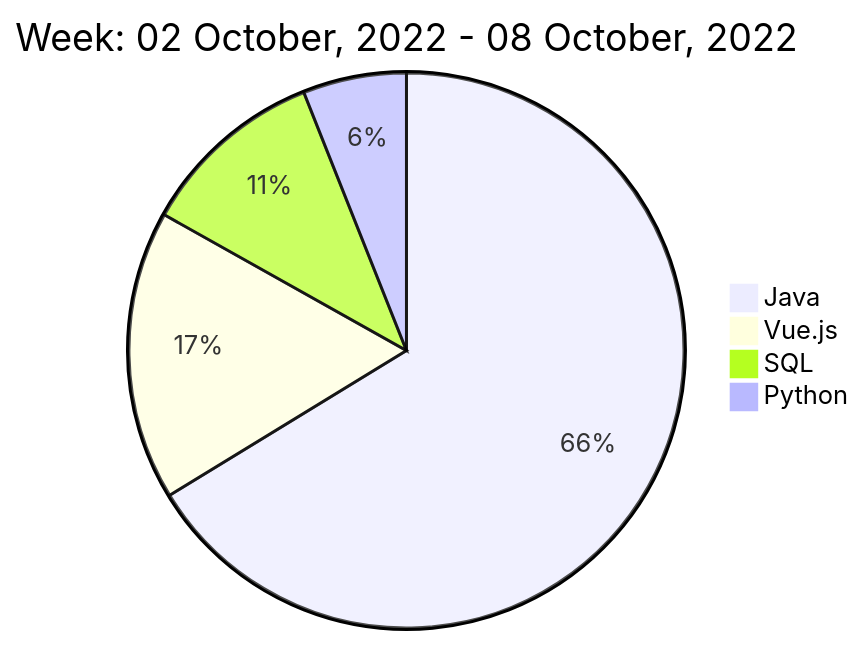
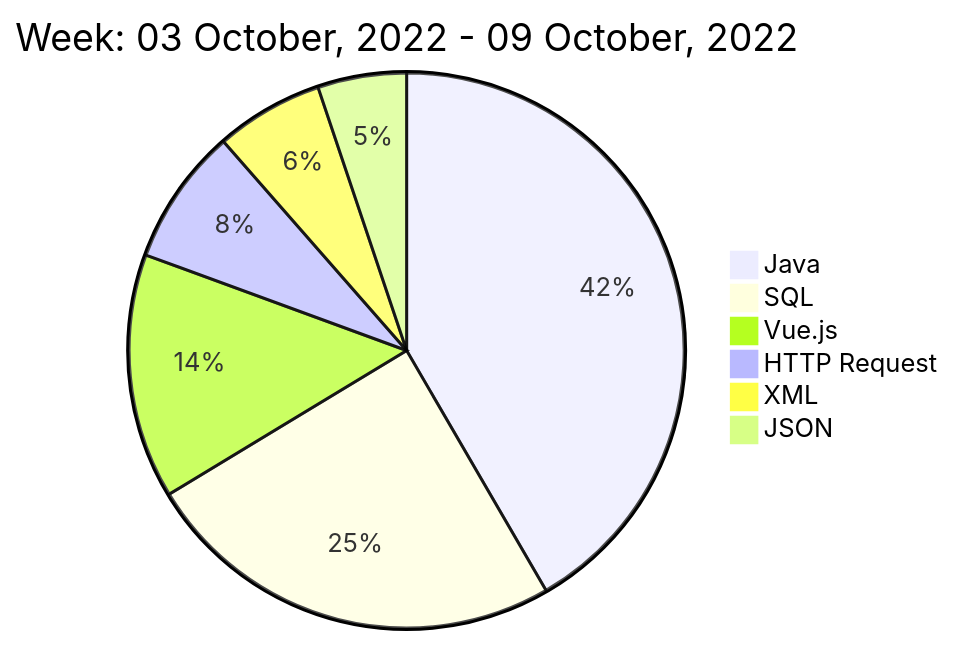
The diagram in README.md (liubin95/liubin95), drawn with Mermaid before and after one commit.

Commit message:
Updated the Graph with new Metrics

````diff
--- a/README.md
+++ b/README.md
@@ -40,8 +40,10 @@
 ```mermaid
  pie
-title Week: 02 October, 2022 - 08 October, 2022
- "Java" : 2.75
- "Vue.js" : 0.7
- "SQL" : 0.45
- "Python" : 0.25
+title Week: 03 October, 2022 - 09 October, 2022
+ "Java" : 2.98
+ "SQL" : 1.77
+ "Vue.js" : 1.02
+ "HTTP Request" : 0.57
+ "XML" : 0.45
+ "JSON" : 0.37
 ```
````
